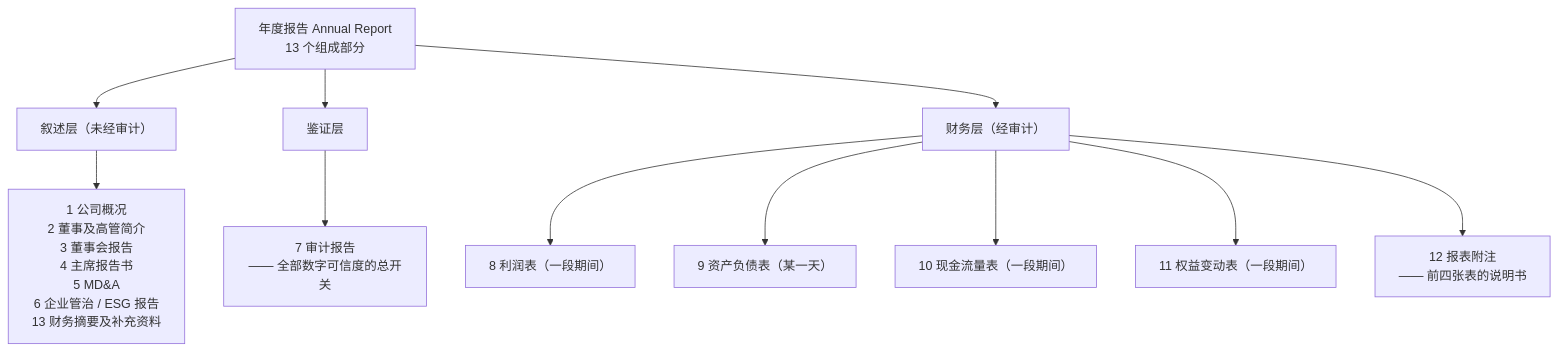
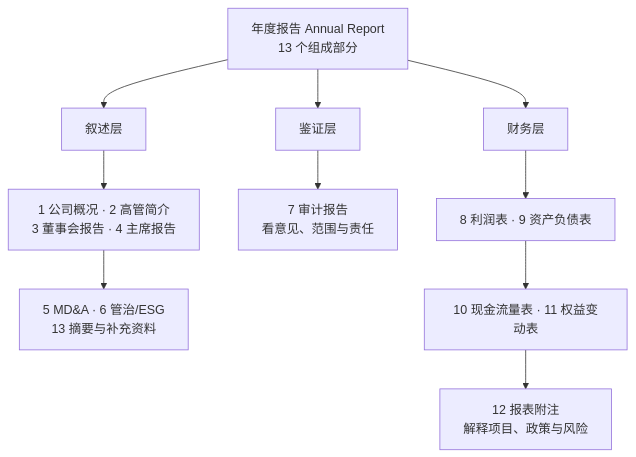
Before and after one commit to CercaTrovato/cityu-ai-course-notes: the tenth of 12 diagrams in AC6761_Artificial_Intelligence_Accounting/notes/M03-年报分析.md, drawn with Mermaid. The commit also changed other lines of this file and 224 other files, not shown here.

First line of the commit message:
完善五门课图文可读性并更新仓库首页

````diff
--- a/AC6761_Artificial_Intelligence_Accounting/notes/M03-年报分析.md
+++ b/AC6761_Artificial_Intelligence_Accounting/notes/M03-年报分析.md
@@ -2724,16 +3613,14 @@
 ```mermaid
 flowchart TD
     AR["年度报告 Annual Report<br/>13 个组成部分"]
+    AR --> N["叙述层"]
+    AR --> A["鉴证层"]
+    AR --> F["财务层"]
 
-    AR --> N["叙述层（未经审计）"]
-    AR --> A["鉴证层"]
-    AR --> F["财务层（经审计）"]
-
-    N --> N1["1 公司概况<br/>2 董事及高管简介<br/>3 董事会报告<br/>4 主席报告书<br/>5 MD&A<br/>6 企业管治 / ESG 报告<br/>13 财务摘要及补充资料"]
-    A --> A1["7 审计报告<br/>—— 全部数字可信度的总开关"]
-    F --> F1["8 利润表（一段期间）"]
-    F --> F2["9 资产负债表（某一天）"]
-    F --> F3["10 现金流量表（一段期间）"]
-    F --> F4["11 权益变动表（一段期间）"]
-    F --> F5["12 报表附注<br/>—— 前四张表的说明书"]
+    N --> N1["1 公司概况 · 2 高管简介<br/>3 董事会报告 · 4 主席报告"]
+    N1 --> N2["5 MD&A · 6 管治/ESG<br/>13 摘要与补充资料"]
+    A --> A1["7 审计报告<br/>看意见、范围与责任"]
+    F --> F1["8 利润表 · 9 资产负债表"]
+    F1 --> F2["10 现金流量表 · 11 权益变动表"]
+    F2 --> F3["12 报表附注<br/>解释项目、政策与风险"]
 ```
````
